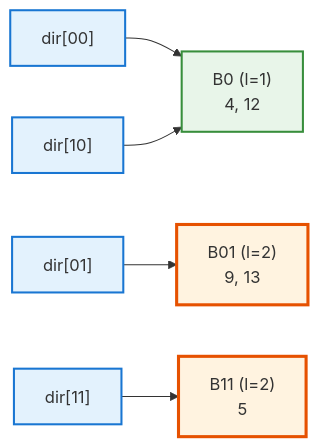
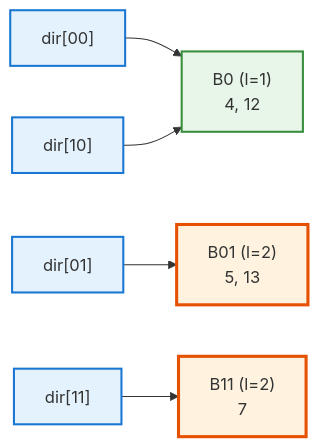
Before and after one commit to ufdatastudio/cop5725fa26: the ninth of 11 diagrams in lecture-outlines/day27-hash-indexes/slides.md, drawn with Mermaid. The commit also changed other lines of this file and 33 other files, not shown here.

````diff
--- a/lecture-outlines/day27-hash-indexes/slides.md
+++ b/lecture-outlines/day27-hash-indexes/slides.md
@@ -293,21 +292,21 @@
 ```mermaid
 graph LR
   D0["dir[00]"]
   D1["dir[01]"]
   D2["dir[10]"]
   D3["dir[11]"]
   B0["B0 (l=1)<br/>4, 12"]
-  B01["B01 (l=2)<br/>9, 13"]
-  B11["B11 (l=2)<br/>5"]
+  B01["B01 (l=2)<br/>5, 13"]
+  B11["B11 (l=2)<br/>7"]
   D0 --> B0
   D2 --> B0
   D1 --> B01
   D3 --> B11
   classDef dir fill:#e3f2fd,stroke:#1976d2,stroke-width:2px
   classDef changed fill:#fff3e0,stroke:#e65100,stroke-width:3px
   classDef b fill:#e8f5e9,stroke:#388e3c,stroke-width:2px
   class D0,D2 dir
   class D1,D3 dir
   class B0 b
   class B01,B11 changed
 ```
````
